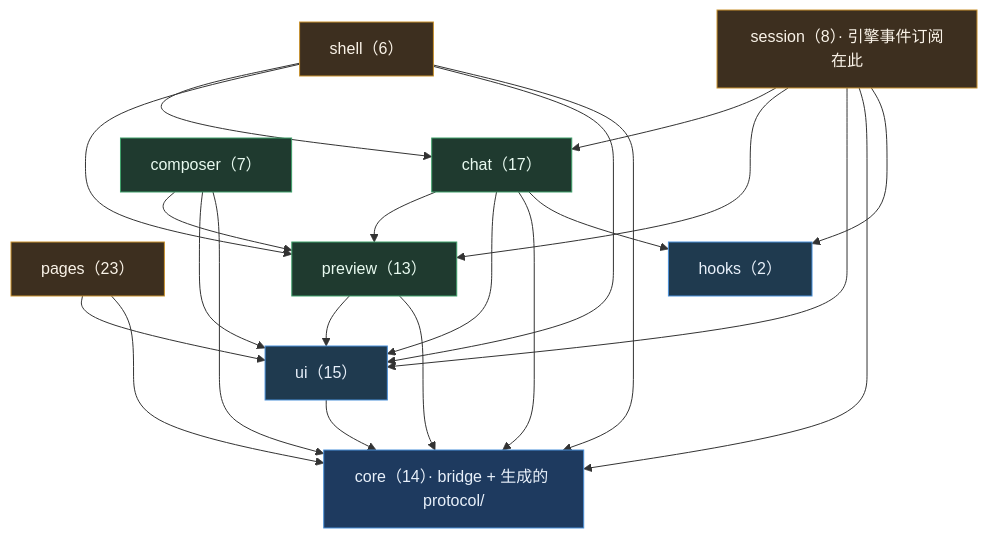
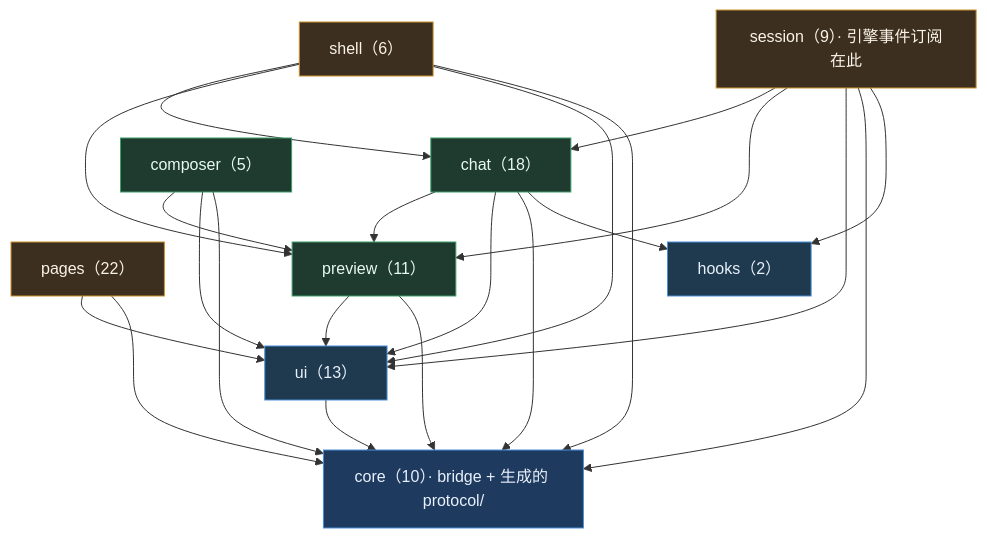
Before and after one commit to mwt06/runcode-desktop: the fourth of 4 diagrams in docs/system-overview.md, drawn with Mermaid. The commit also changed other lines of this file and 105 other files, not shown here.

````diff
--- a/docs/system-overview.md
+++ b/docs/system-overview.md
@@ -292,25 +296,25 @@
 ```mermaid
 flowchart TB
-  P["pages（23）"]:::l4
+  P["pages（22）"]:::l4
   SH["shell（6）"]:::l4
-  SE["session（8）· 引擎事件订阅在此"]:::l4
-  CH["chat（17）"]:::l3
-  PV["preview（13）"]:::l3
-  CO["composer（7）"]:::l3
-  UI["ui（15）"]:::l2
-  CORE["core（14）· bridge + 生成的 protocol/"]:::l1
+  SE["session（9）· 引擎事件订阅在此"]:::l4
+  CH["chat（18）"]:::l3
+  PV["preview（11）"]:::l3
+  CO["composer（5）"]:::l3
+  UI["ui（13）"]:::l2
+  CORE["core（10）· bridge + 生成的 protocol/"]:::l1
   HK["hooks（2）"]:::l2
 
   P --> UI & CORE
   SH --> CH & PV & UI & CORE
   SE --> CH & PV & UI & CORE & HK
   CH --> PV & UI & CORE & HK
   CO --> PV & UI & CORE
   PV --> UI & CORE
   UI --> CORE
 
   classDef l1 fill:#1e3a5f,stroke:#4a90d9,color:#e8f0fa
   classDef l2 fill:#1f3a4f,stroke:#4a90d9,color:#e8f0fa
   classDef l3 fill:#1f3a2f,stroke:#3fa06a,color:#e8faf0
   classDef l4 fill:#3d2f1f,stroke:#c9922e,color:#faf3e8
 ```
````
